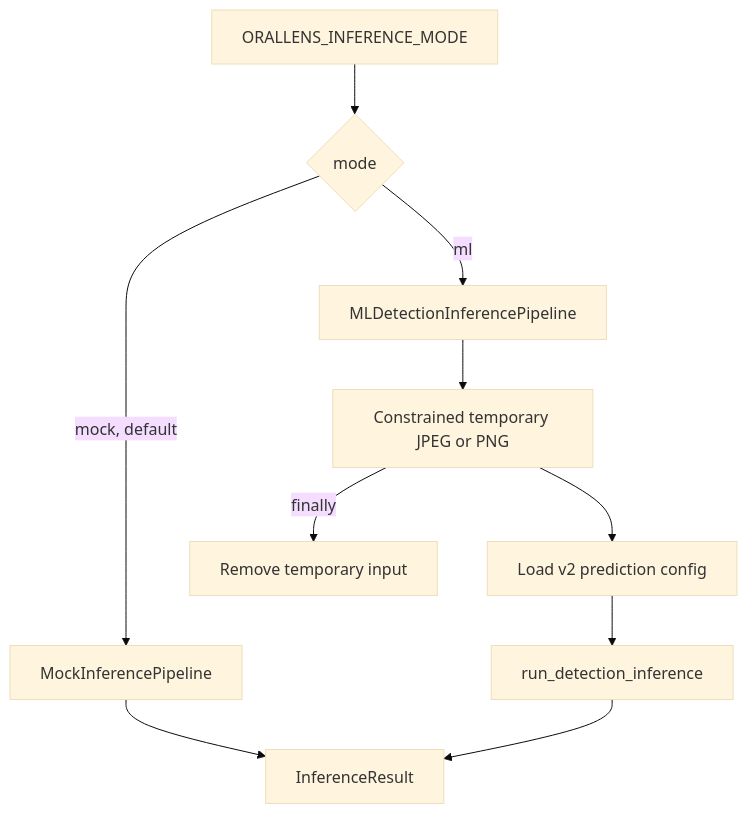
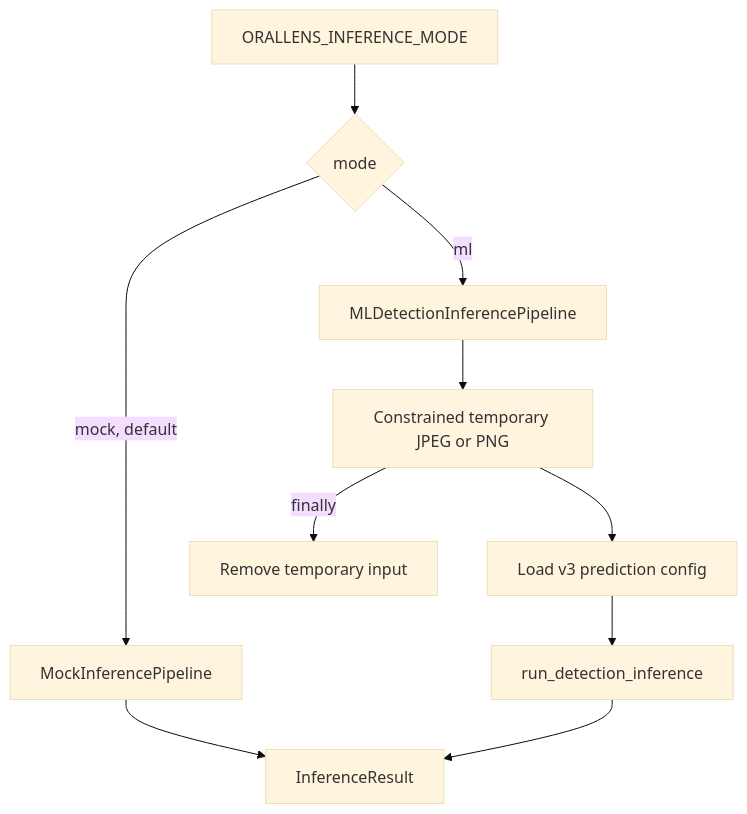
The second of 3 diagrams in docs/PIPELINE.md (Safkatul-Islam/OralLens), drawn with Mermaid (base theme) before and after one commit. The commit also changed other lines of this file, not shown here.

Commit message:
update pipeline documentation for v3 model, including changes to prediction config, checkpoints, and evaluation metrics

````diff
--- a/docs/PIPELINE.md
+++ b/docs/PIPELINE.md
@@ -101,12 +101,12 @@
 ```mermaid
 flowchart TD
     SETTINGS[ORALLENS_INFERENCE_MODE] --> CHOICE{mode}
     CHOICE -->|mock, default| MOCK[MockInferencePipeline]
     CHOICE -->|ml| ML[MLDetectionInferencePipeline]
     MOCK --> RESULT[InferenceResult]
     ML --> TEMP[Constrained temporary JPEG or PNG]
-    TEMP --> CONFIG[Load v2 prediction config]
+    TEMP --> CONFIG[Load v3 prediction config]
     CONFIG --> RUN[run_detection_inference]
     RUN --> RESULT
     TEMP -->|finally| DELETE[Remove temporary input]
 ```
````
